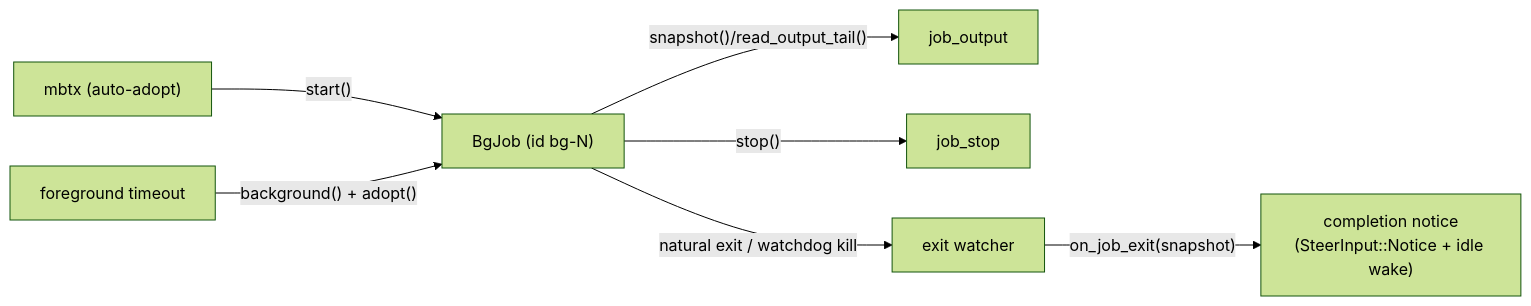
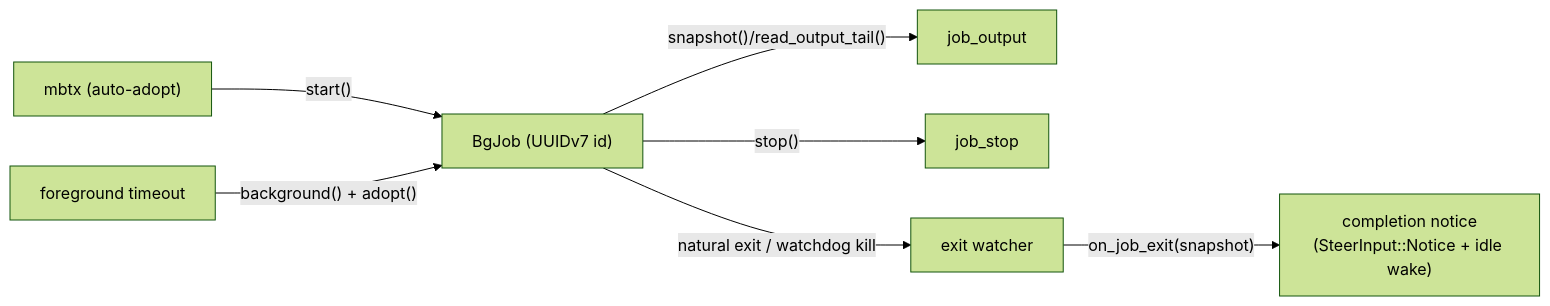
One commit to moonbitlang/openseek changed the diagram in agent_tool/bgjobs/README.mbt.md. Above: the diagram before and after it, drawn with Mermaid (forest theme). The commit also changed other lines of this file and 11 other files, not shown here.

Commit message:
Use UUIDv7 background job IDs across runtime restarts

````diff
--- a/agent_tool/bgjobs/README.mbt.md
+++ b/agent_tool/bgjobs/README.mbt.md
@@ -16,9 +16,9 @@
 ```mermaid
 flowchart LR
-  rib["mbtx (auto-adopt)"] -->|"start()"| job["BgJob (id bg-N)"]
+  rib["mbtx (auto-adopt)"] -->|"start()"| job["BgJob (UUIDv7 id)"]
   timeout["foreground timeout"] -->|"background() + adopt()"| job
   job -->|"snapshot()/read_output_tail()"| out["job_output"]
   job -->|"stop()"| stop["job_stop"]
   job -->|"natural exit / watchdog kill"| watcher["exit watcher"]
   watcher -->|"on_job_exit(snapshot)"| notice["completion notice\n(SteerInput::Notice + idle wake)"]
 ```
````
